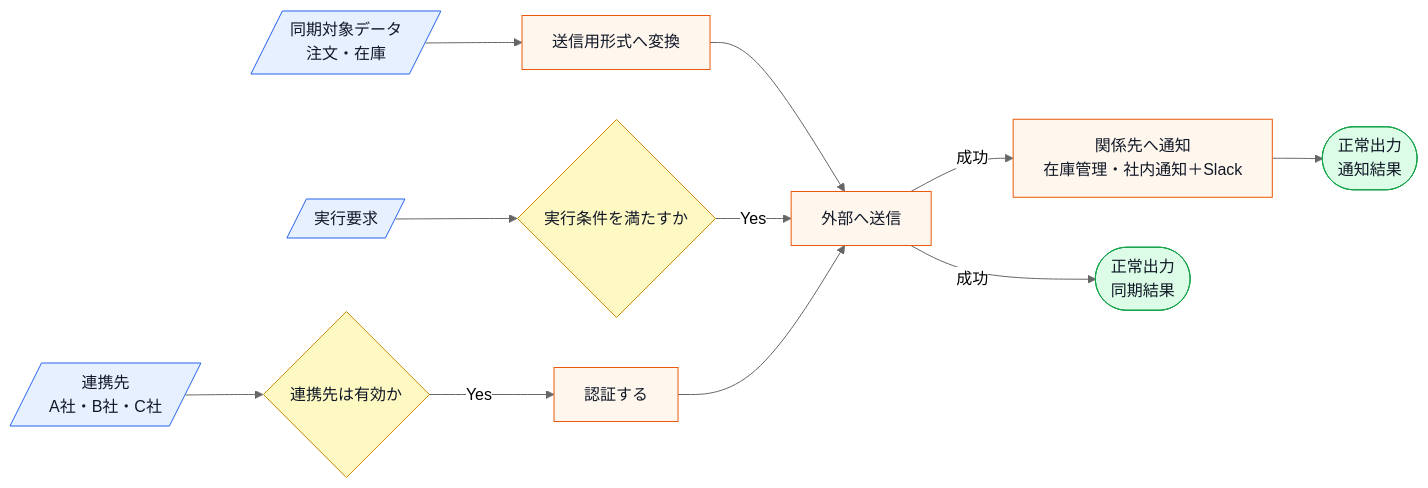
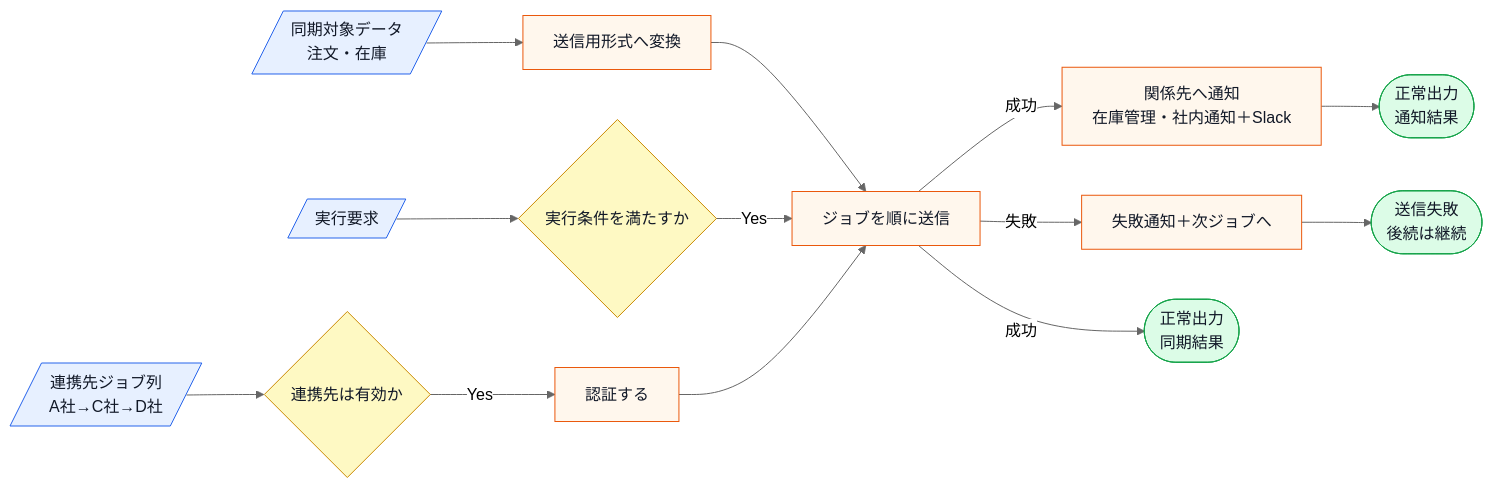
One commit to kumachan1101-pixel/DesignPattern changed the fourth of 8 diagrams in kindle/design-patterns/output/chapter10.md. Above: the diagram before and after it, drawn with Mermaid (neutral theme). The commit also changed other lines of this file and 5 other files, not shown here.

````diff
--- a/kindle/design-patterns/output/chapter10.md
+++ b/kindle/design-patterns/output/chapter10.md
@@ -390,18 +405,20 @@
 ```mermaid
 flowchart LR
-    A[/連携先<br>A社・B社・C社/]:::input --> B{連携先は有効か}:::decision
+    A[/連携先ジョブ列<br>A社→C社→D社/]:::input --> B{連携先は有効か}:::decision
     C[/同期対象データ<br>注文・在庫/]:::input --> D[送信用形式へ変換]:::process
     E[/実行要求/]:::input --> F{実行条件を満たすか}:::decision
     B -->|Yes| G[認証する]:::process
-    D --> H[外部へ送信]:::process
+    D --> H[ジョブを順に送信]:::process
     F -->|Yes| H
     G --> H
     H -->|成功| I[関係先へ通知<br>在庫管理・社内通知＋Slack]:::process
+    H -->|失敗| L[失敗通知＋次ジョブへ]:::process
     H -->|成功| J([正常出力<br>同期結果]):::normal
     I --> K([正常出力<br>通知結果]):::normal
+    L --> M([送信失敗<br>後続は継続]):::normal
 
     classDef input fill:#e7f0ff,stroke:#2563eb,color:#111827;
     classDef process fill:#fff7ed,stroke:#ea580c,color:#111827;
     classDef decision fill:#fef9c3,stroke:#ca8a04,color:#111827;
     classDef normal fill:#dcfce7,stroke:#16a34a,color:#111827;
 ```
````
